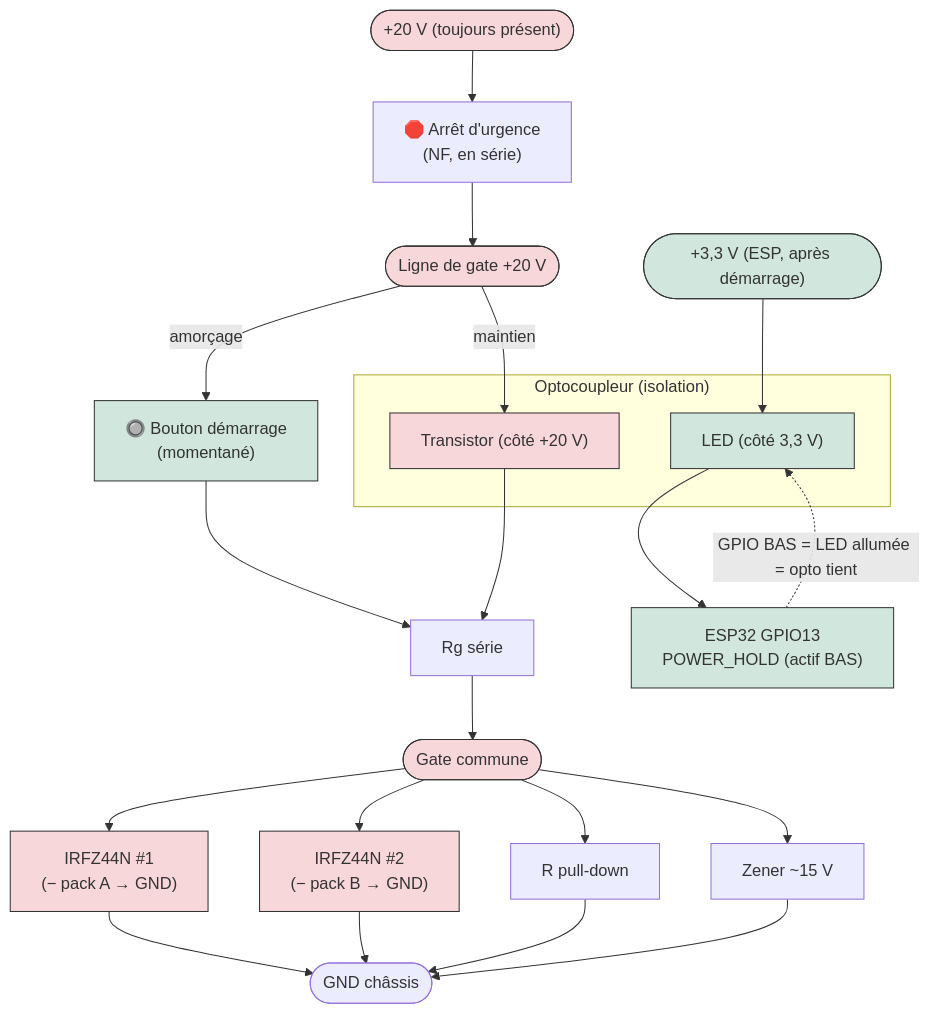
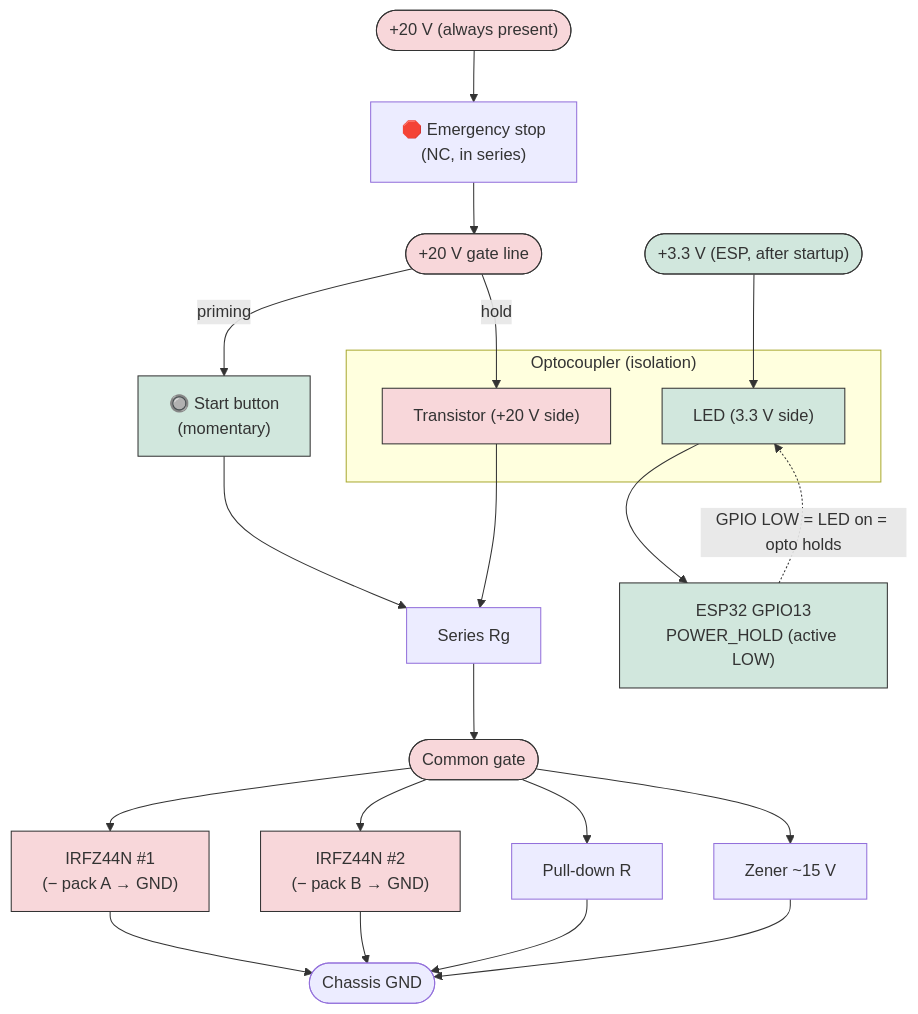
The ninth of 10 diagrams in README.md (pinkymaxou/powered-soapbox-car), drawn with Mermaid before and after one commit. The commit also changed other lines of this file and 49 other files, not shown here.

````diff
--- a/README.md
+++ b/README.md
@@ -608,36 +608,36 @@
 ```mermaid
 flowchart TB
-    P20(["+20 V (toujours présent)"])
-    ESTOP["🛑 Arrêt d'urgence<br/>(NF, en série)"]
-    E(["Ligne de gate +20 V"])
-    BTN["🔘 Bouton démarrage<br/>(momentané)"]
-    RG["Rg série"]
-    GATE(["Gate commune"])
-    PULL["R pull-down"]
+    P20(["+20 V (always present)"])
+    ESTOP["🛑 Emergency stop<br/>(NC, in series)"]
+    E(["+20 V gate line"])
+    BTN["🔘 Start button<br/>(momentary)"]
+    RG["Series Rg"]
+    GATE(["Common gate"])
+    PULL["Pull-down R"]
     ZEN["Zener ~15 V"]
     Q1["IRFZ44N #1<br/>(− pack A → GND)"]
     Q2["IRFZ44N #2<br/>(− pack B → GND)"]
-    GND(["GND châssis"])
-    V33(["+3,3 V (ESP, après démarrage)"])
-    ESP["ESP32 GPIO13<br/>POWER_HOLD (actif BAS)"]
-    subgraph OPTO["Optocoupleur (isolation)"]
-        LED["LED (côté 3,3 V)"]
-        TR["Transistor (côté +20 V)"]
+    GND(["Chassis GND"])
+    V33(["+3.3 V (ESP, after startup)"])
+    ESP["ESP32 GPIO13<br/>POWER_HOLD (active LOW)"]
+    subgraph OPTO["Optocoupler (isolation)"]
+        LED["LED (3.3 V side)"]
+        TR["Transistor (+20 V side)"]
     end
 
     P20 --> ESTOP --> E
-    E -->|"amorçage"| BTN --> RG
-    E -->|"maintien"| TR --> RG
+    E -->|"priming"| BTN --> RG
+    E -->|"hold"| TR --> RG
     RG --> GATE
     GATE --> Q1 --> GND
     GATE --> Q2 --> GND
     GATE --> PULL --> GND
     GATE --> ZEN --> GND
     V33 --> LED --> ESP
-    ESP -. "GPIO BAS = LED allumée = opto tient" .-> LED
+    ESP -. "GPIO LOW = LED on = opto holds" .-> LED
 
     classDef pwr fill:#f8d7da,stroke:#333;
     classDef sig fill:#d1e7dd,stroke:#333;
     class P20,E,Q1,Q2,GATE,TR pwr;
     class BTN,ESP,LED,V33 sig;
 ```
````
